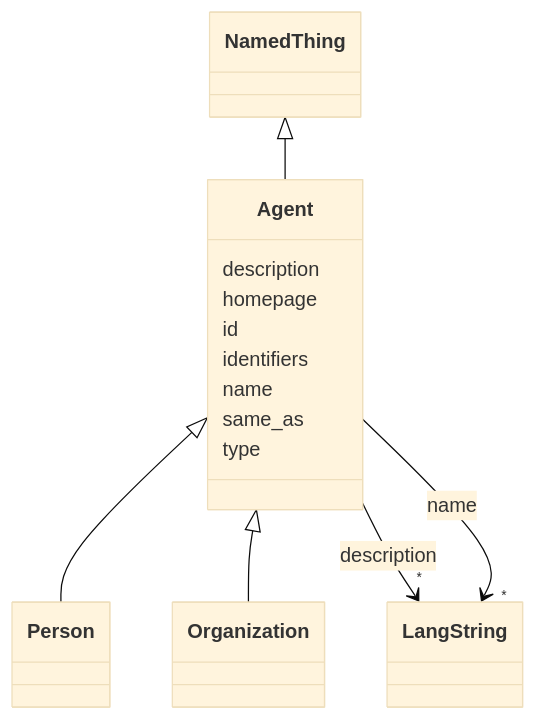
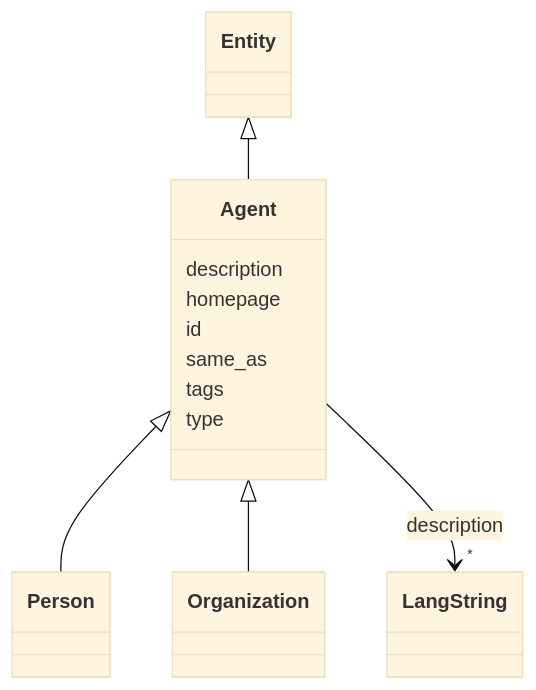
One commit to DARIAH-IL/idhi-manifests changed the diagram in docs/classes/Agent.md. Above: the diagram before and after it, drawn with Mermaid (base theme). The commit also changed other lines of this file and 99 other files, not shown here.

````diff
--- a/docs/classes/Agent.md
+++ b/docs/classes/Agent.md
@@ -25,48 +25,37 @@
 ```mermaid
  classDiagram
     class Agent
     click Agent href "../../classes/Agent/"
-      NamedThing <|-- Agent
-        click NamedThing href "../../classes/NamedThing/"
+      Entity <|-- Agent
+        click Entity href "../../classes/Entity/"
       
 
       Agent <|-- Person
         click Person href "../../classes/Person/"
       Agent <|-- Organization
         click Organization href "../../classes/Organization/"
       
 
       Agent : description
         
           
     
         
         
         Agent --> "*" LangString : description
         click LangString href "../../classes/LangString/"
     
 
         
       Agent : homepage
         
       Agent : id
         
-      Agent : identifiers
+      Agent : same_as
         
-      Agent : name
-        
-          
-    
-        
-        
-        Agent --> "*" LangString : name
-        click LangString href "../../classes/LangString/"
-    
-
-        
-      Agent : same_as
+      Agent : tags
         
       Agent : type
         
       
 ```
````
